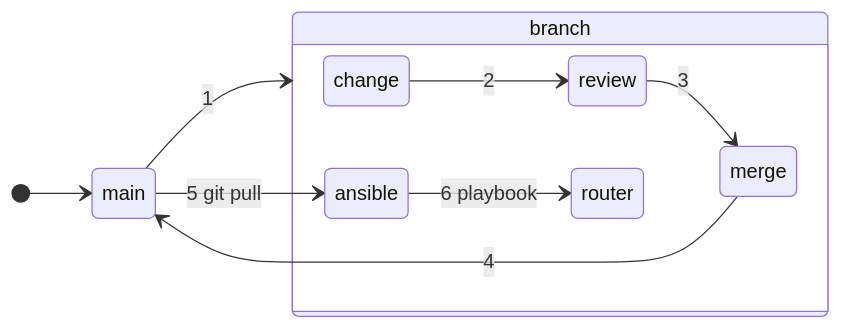
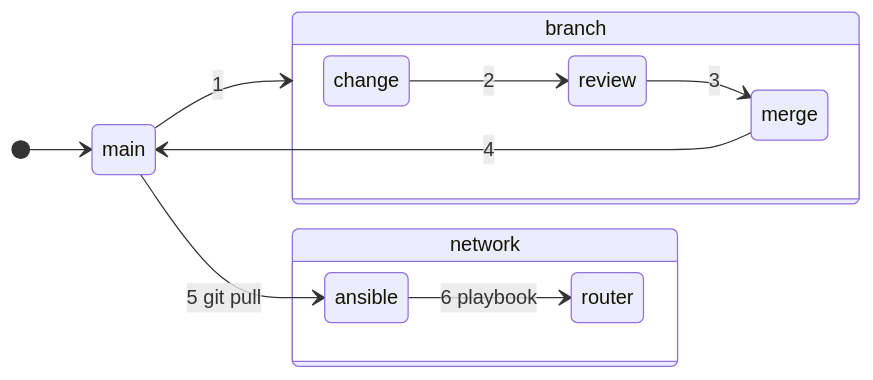
One commit to sdncoder/sdncoder changed the diagram in README.md. Above: the diagram before and after it, drawn with Mermaid.

````diff
--- a/README.md
+++ b/README.md
@@ -9,16 +9,16 @@
  ```mermaid
    stateDiagram
    direction LR
     [*] --> main
     main --> branch : 1
     state branch {
     direction LR
     change --> review : 2
     review --> merge : 3
     }
     merge --> main : 4
     main --> ansible : 5 git pull
-    state branch {
+    state network {
     ansible --> router : 6 playbook
     }
  ```
````
